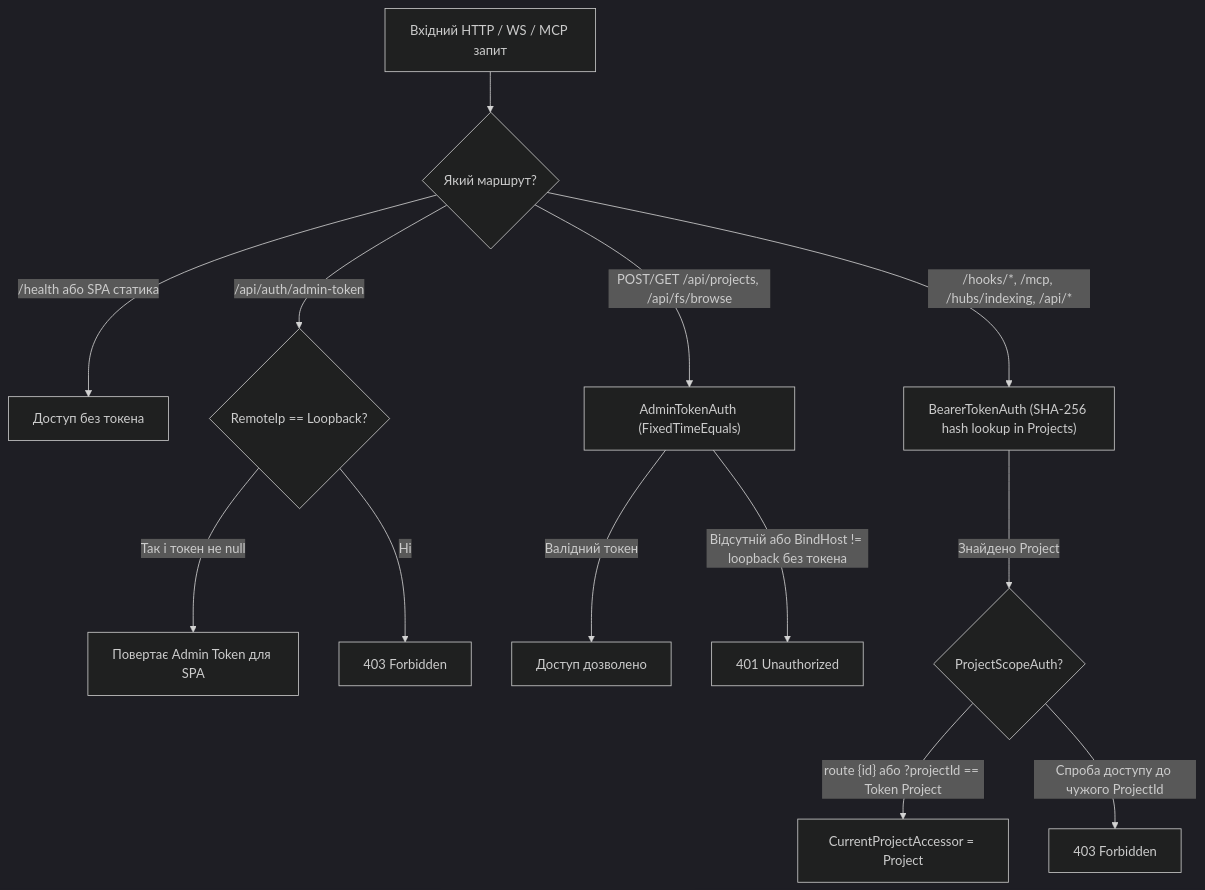
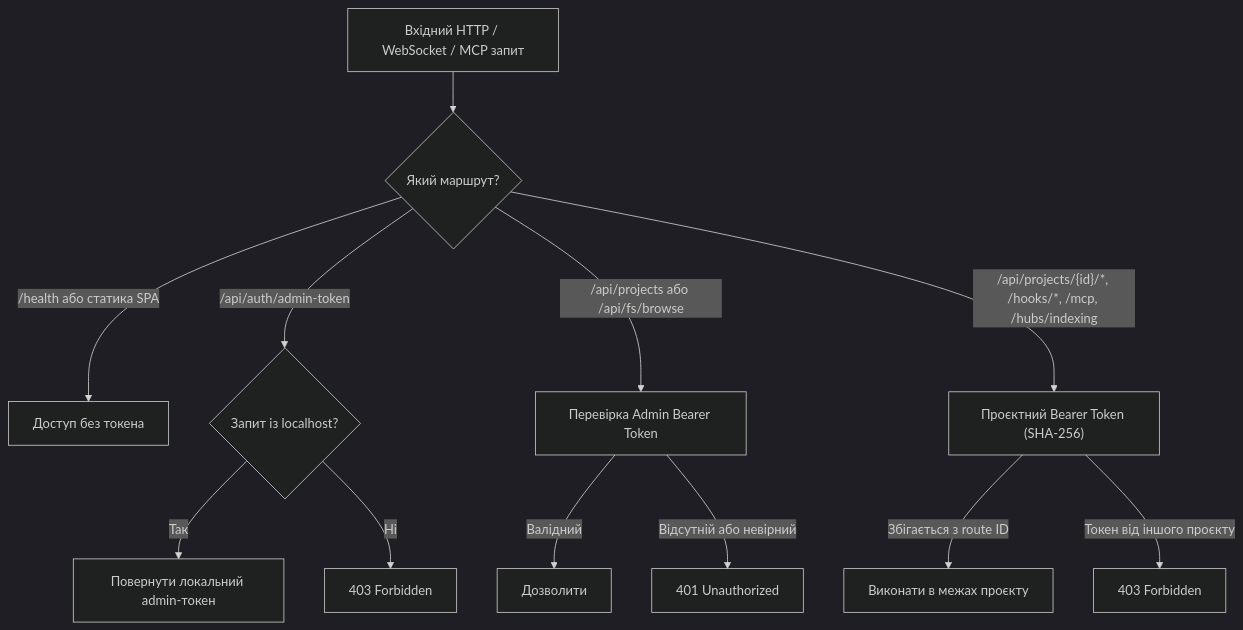
The third of 3 diagrams in docs/uk/ARCHITECTURE.md (dellik95/context-platform), drawn with Mermaid (dark theme) before and after one commit. The commit also changed other lines of this file and 7 other files, not shown here.

````diff
--- a/docs/uk/ARCHITECTURE.md
+++ b/docs/uk/ARCHITECTURE.md
@@ -147,17 +121,16 @@
 ```mermaid
 flowchart TD
-    Req["Вхідний HTTP / WS / MCP запит"] --> Path{"Який маршрут?"}
-    Path -->|"/health або SPA статика"| Public["Доступ без токена"]
-    Path -->|"/api/auth/admin-token"| Loopback{"RemoteIp == Loopback?"}
-    Loopback -->|"Так і токен не null"| ReturnAdmin["Повертає Admin Token для SPA"]
-    Loopback -->|"Ні"| Forbidden["403 Forbidden"]
+    Req["Вхідний HTTP / WebSocket / MCP запит"] --> Route{"Який маршрут?"}
+    Route -->|"/health або статика SPA"| Open["Доступ без токена"]
+    Route -->|"/api/auth/admin-token"| Loopback{"Запит із localhost?"}
+    Loopback -->|"Так"| GiveAdmin["Повернути локальний admin-токен"]
+    Loopback -->|"Ні"| Block403["403 Forbidden"]
 
-    Path -->|"POST/GET /api/projects, /api/fs/browse"| AdminFilter["AdminTokenAuth (FixedTimeEquals)"]
-    AdminFilter -->|"Валідний токен"| AllowedAdmin["Доступ дозволено"]
-    AdminFilter -->|"Відсутній або BindHost != loopback без токена"| Unauth["401 Unauthorized"]
+    Route -->|"/api/projects або /api/fs/browse"| AdminCheck["Перевірка Admin Bearer Token"]
+    AdminCheck -->|"Валідний"| OkAdmin["Дозволити"]
+    AdminCheck -->|"Відсутній або невірний"| Block401["401 Unauthorized"]
 
-    Path -->|"/hooks/*, /mcp, /hubs/indexing, /api/*"| BearerFilter["BearerTokenAuth (SHA-256 hash lookup in Projects)"]
-    BearerFilter -->|"Знайдено Project"| ScopeCheck{"ProjectScopeAuth?"}
-    ScopeCheck -->|"route {id} або ?projectId == Token Project"| ScopedOk["CurrentProjectAccessor = Project"]
-    ScopeCheck -->|"Спроба доступу до чужого ProjectId"| ScopeErr["403 Forbidden"]
+    Route -->|"/api/projects/{id}/*, /hooks/*, /mcp, /hubs/indexing"| BearerCheck["Проєктний Bearer Token (SHA-256)"]
+    BearerCheck -->|"Збігається з route ID"| OkProject["Виконати в межах проєкту"]
+    BearerCheck -->|"Токен від іншого проєкту"| BlockScope["403 Forbidden"]
 ```
````
